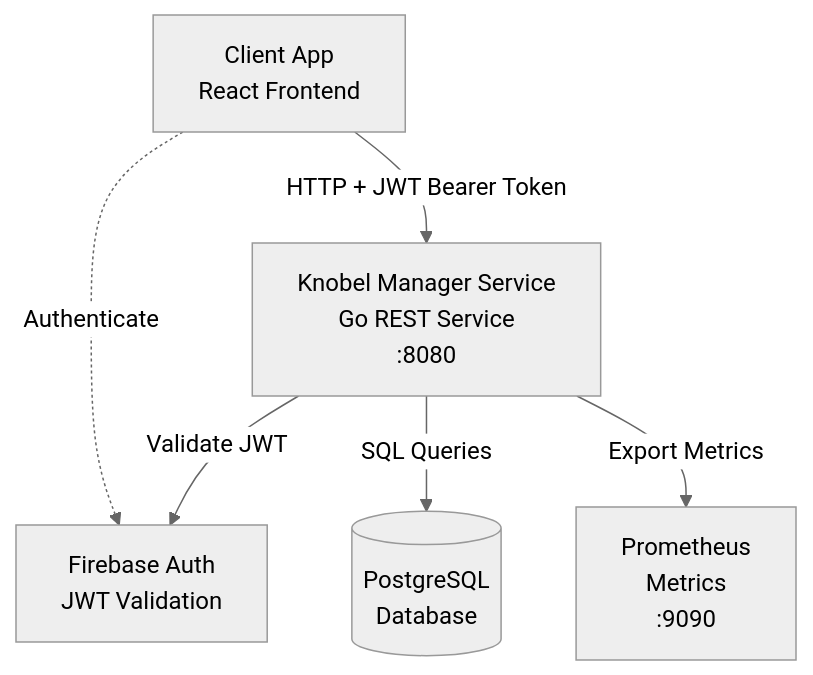
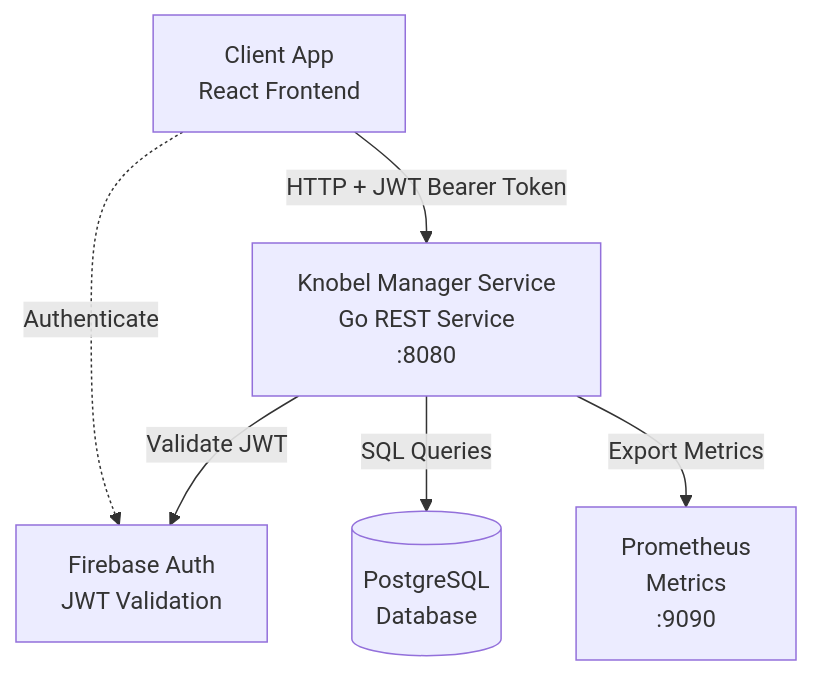
Before and after one commit to henok321/knobel-manager-service: the diagram in README.md, drawn with Mermaid.

Commit message:
docs: remove mermaid theme

````diff
--- a/README.md
+++ b/README.md
@@ -16,17 +16,13 @@
 ```mermaid
----
-config:
-    theme: neutral
----
 graph TB
     Client[Client App<br/>React Frontend]
     API[Knobel Manager Service<br/>Go REST Service<br/>:8080]
     DB[(PostgreSQL<br/>Database)]
     Firebase[Firebase Auth<br/>JWT Validation]
     Metrics[Prometheus<br/>Metrics<br/>:9090]
     Client -->|HTTP + JWT Bearer Token| API
     Client -.->|Authenticate| Firebase
     API -->|Validate JWT| Firebase
     API -->|SQL Queries| DB
     API -->|Export Metrics| Metrics
 ```
````
